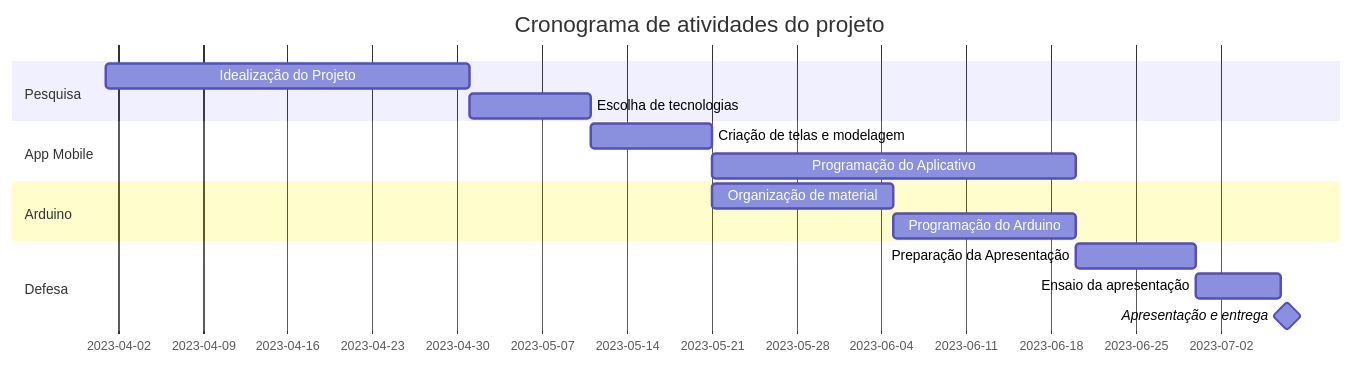
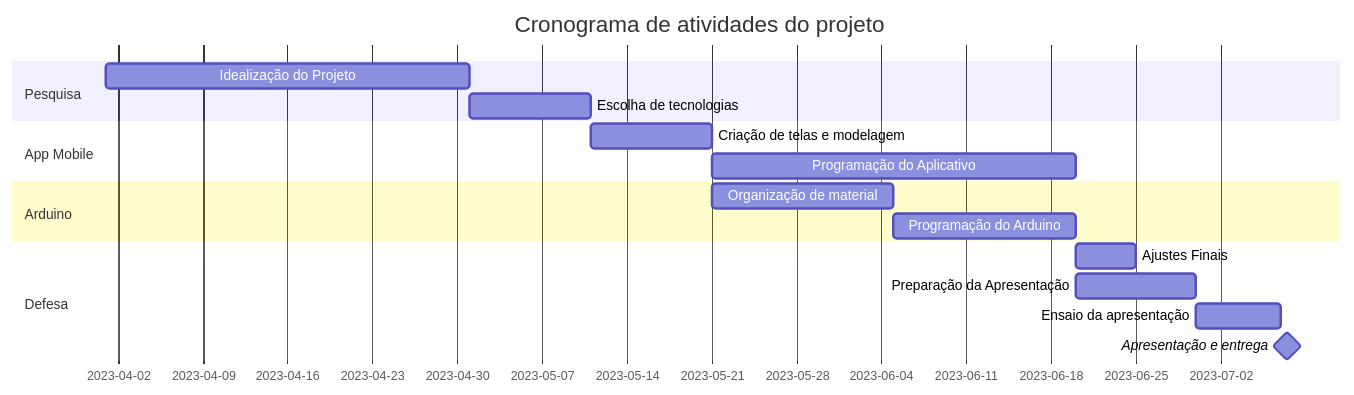
The diagram in README.md (JVictor1012/Plant-Care-Projeto-Integrador), drawn with Mermaid before and after one commit.

````diff
--- a/README.md
+++ b/README.md
@@ -13,22 +13,23 @@
 ```mermaid
     gantt
     title Cronograma de atividades do projeto
     dateFormat  YYYY-MM-DD
     section Pesquisa 
     Idealização do Projeto      :a1, 2023-04-01, 30d
     Escolha de tecnologias      :a2, after a1, 10d
     
     section App Mobile
     Criação de telas e modelagem      :b1, after a2 , 10d
     Programação do Aplicativo         :b2, after b1 , 30d
     
     section Arduino
     Organização de material         :c1, after b1, 15d
     Programação do Arduino          :c2, after c1, 15d
 
     
     section Defesa
+    Ajustes Finais :z1, after b2, 5d
     Preparação da Apresentação :p1, after b2, 10d
     Ensaio da apresentação :p2, after p1, 7d
     Apresentação e entrega  :milestone, after p2, 1d
 ```
````
